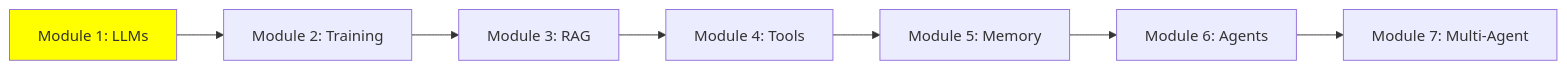
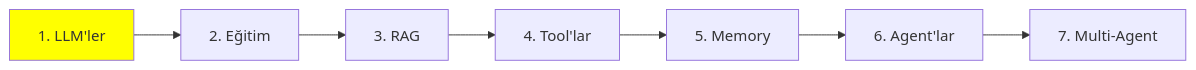
Before and after one commit to lokumai/ai-engineering-bazaar: the third of 3 diagrams in sections/1_fundamentals/1_llms_tr.md, drawn with Mermaid. The commit also changed other lines of this file and 7 other files, not shown here.

````diff
--- a/sections/1_fundamentals/1_llms_tr.md
+++ b/sections/1_fundamentals/1_llms_tr.md
@@ -164,10 +279,10 @@
 ```mermaid
 graph LR
-    A[Module 1: LLMs] --> B[Module 2: Training]
-    B --> C[Module 3: RAG]
-    C --> D[Module 4: Tools]
-    D --> E[Module 5: Memory]
-    E --> F[Module 6: Agents]
-    F --> G[Module 7: Multi-Agent]
+    A["1. LLM'ler"] --> B["2. Eğitim"]
+    B --> C["3. RAG"]
+    C --> D["4. Tool'lar"]
+    D --> E["5. Memory"]
+    E --> F["6. Agent'lar"]
+    F --> G["7. Multi-Agent"]
     style A fill:#FFFF00
 ```
````
